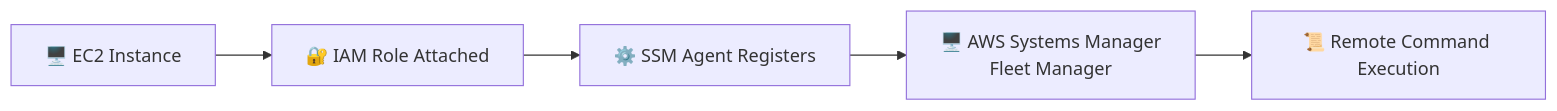
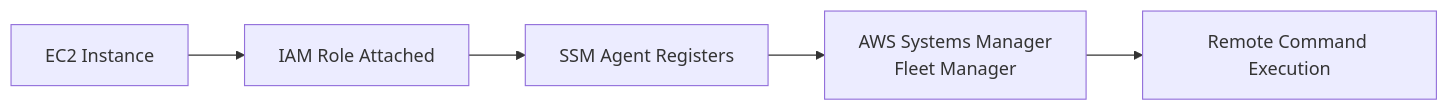
One commit to 15Vaibhavparte/3Tier-app-Capstone1 changed the second of 6 diagrams in README.md. Above: the diagram before and after it, drawn with Mermaid. The commit also changed other lines of this file, not shown here.

````diff
--- a/README.md
+++ b/README.md
@@ -598,13 +599,13 @@
 ```mermaid
 flowchart LR
-    EC2["🖥️ EC2 Instance"]
-    IAM["🔐 IAM Role Attached"]
-    SSM["⚙️ SSM Agent Registers"]
-    Fleet["🖥️ AWS Systems Manager<br/>Fleet Manager"]
-    Command["📜 Remote Command Execution"]
+    EC2[" EC2 Instance"]
+    IAM[" IAM Role Attached"]
+    SSM[" SSM Agent Registers"]
+    Fleet[" AWS Systems Manager<br/>Fleet Manager"]
+    Command[" Remote Command Execution"]
 
     EC2 --> IAM
     IAM --> SSM
     SSM --> Fleet
     Fleet --> Command
 ```
````
